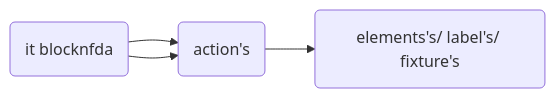
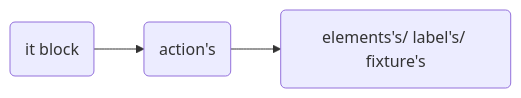
One commit to tayyabsaleem7756/ignicube changed the first of 2 diagrams in README.md. Above: the diagram before and after it, drawn with Mermaid. The commit also changed other lines of this file, not shown here.

````diff
--- a/README.md
+++ b/README.md
@@ -232,5 +86,4 @@
 ```mermaid
 graph LR
 A(it block) -->B(action's) --> C(elements's/ label's/ fixture's)
-A(it blocknfda) -->B(action's)
 ```
````
